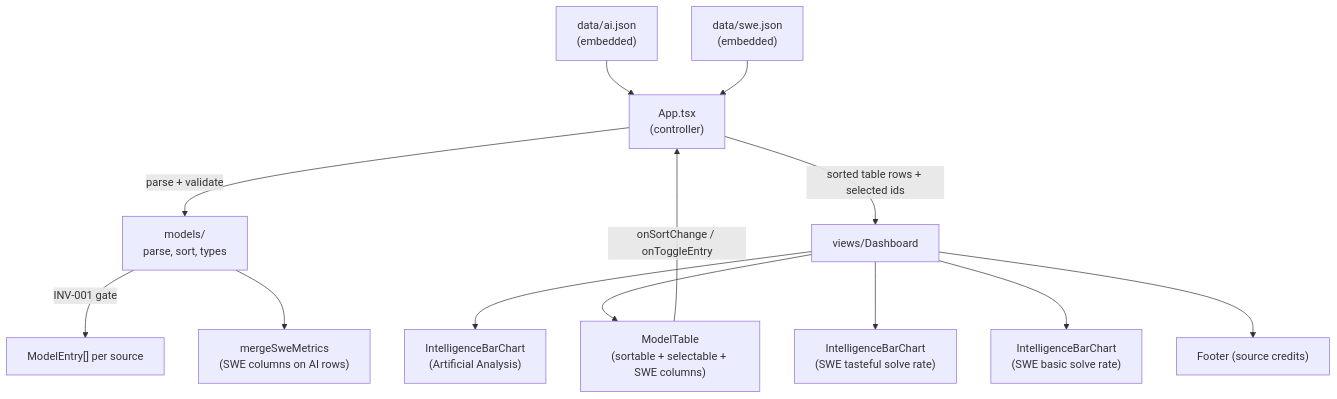
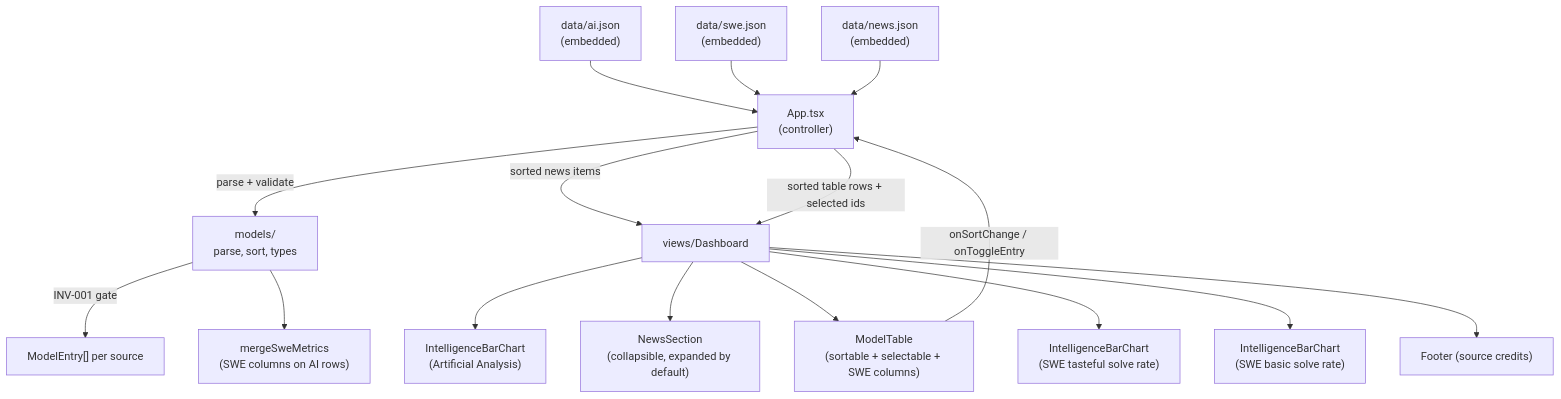
One commit to johnpfeiffer/benchmarks changed the first of 2 diagrams in architecture.md. Above: the diagram before and after it, drawn with Mermaid. The commit also changed other lines of this file and 10 other files, not shown here.

First line of the commit message:
feat: add Gemini 3.6 Flash, source chip, chart margin fix, and News section

````diff
--- a/architecture.md
+++ b/architecture.md
@@ -22,15 +22,18 @@
 ```mermaid
 flowchart TD
     AIJSON["data/ai.json<br/>(embedded)"] --> App["App.tsx<br/>(controller)"]
     SWEJSON["data/swe.json<br/>(embedded)"] --> App
+    NEWSJSON["data/news.json<br/>(embedded)"] --> App
     App -->|parse + validate| Models["models/<br/>parse, sort, types"]
     Models -->|INV-001 gate| Validated["ModelEntry[] per source"]
     Models --> Merge["mergeSweMetrics<br/>(SWE columns on AI rows)"]
+    App -->|sorted news items| Dashboard
     App -->|sorted table rows + selected ids| Dashboard["views/Dashboard"]
     Dashboard --> ChartA["IntelligenceBarChart<br/>(Artificial Analysis)"]
+    Dashboard --> News["NewsSection<br/>(collapsible, expanded by default)"]
     Dashboard --> Table["ModelTable<br/>(sortable + selectable + SWE columns)"]
     Dashboard --> ChartB["IntelligenceBarChart<br/>(SWE tasteful solve rate)"]
     Dashboard --> ChartC["IntelligenceBarChart<br/>(SWE basic solve rate)"]
     Dashboard --> Footer["Footer (source credits)"]
     Table -->|onSortChange / onToggleEntry| App
 ```
````
